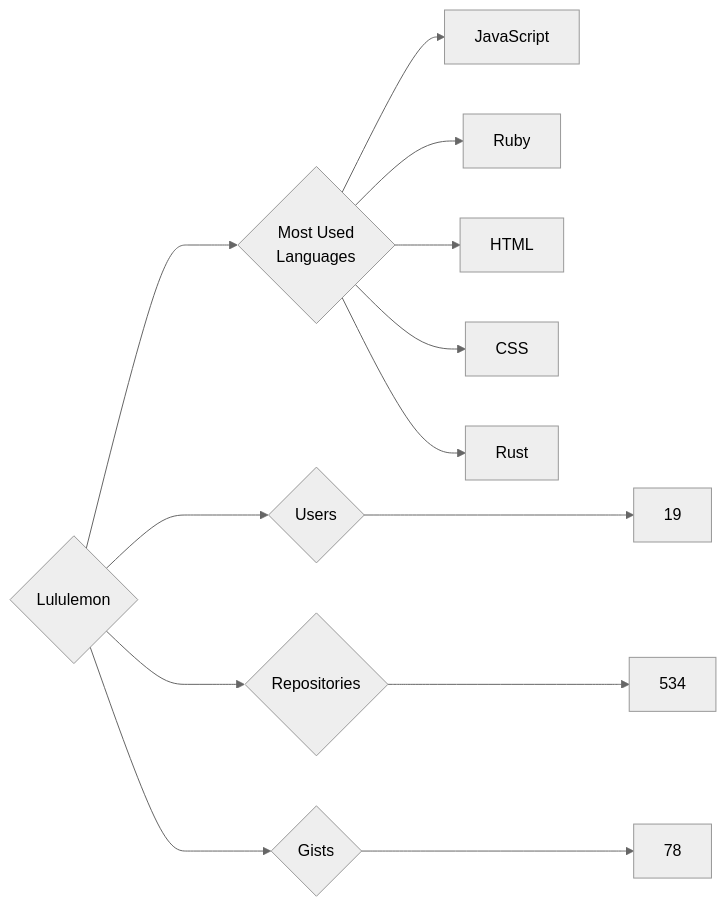
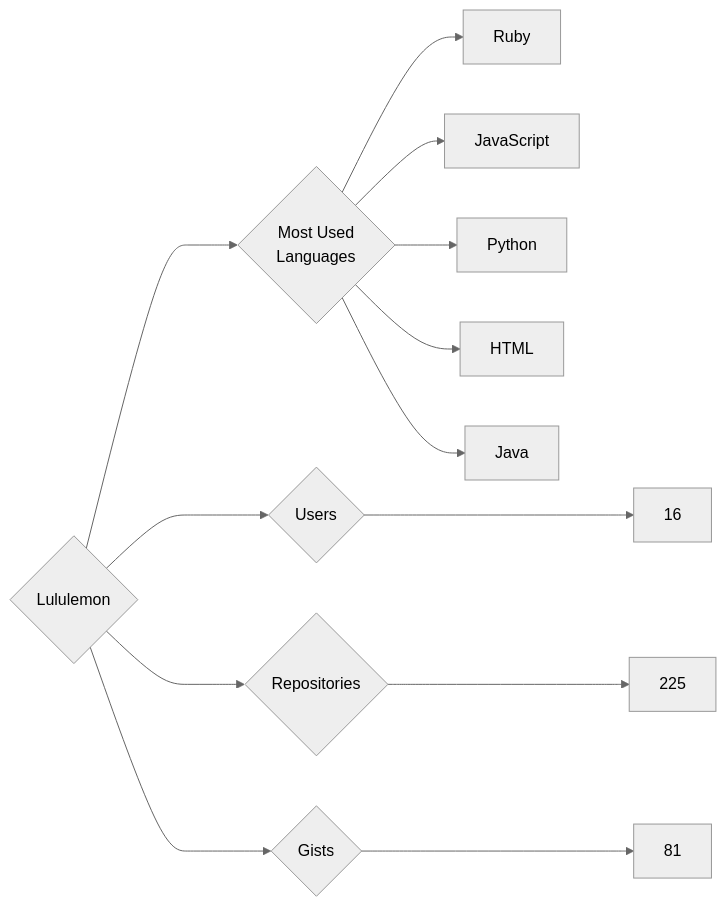
Before and after one commit to trickest/insiders: the diagram in targets/Lululemon/README.md, drawn with Mermaid (neutral theme). The commit also changed 777 other files, not shown here.

````diff
--- a/targets/Lululemon/README.md
+++ b/targets/Lululemon/README.md
@@ -3,13 +3,13 @@
 ```mermaid
 graph LR
 COMPANY_NAME{Lululemon}
-COMPANY_NAME ---> U{Users} ---> UN[19]
-COMPANY_NAME ---> R{Repositories} ---> RN[534]
-COMPANY_NAME ---> G{Gists} ---> GN[78]
+COMPANY_NAME ---> U{Users} ---> UN[16]
+COMPANY_NAME ---> R{Repositories} ---> RN[225]
+COMPANY_NAME ---> G{Gists} ---> GN[81]
 COMPANY_NAME ---> ML{Most Used<br>Languages}
+ML --> Ruby[Ruby]
 ML --> JavaScript[JavaScript]
-ML --> Ruby[Ruby]
+ML --> Python[Python]
 ML --> HTML[HTML]
-ML --> CSS[CSS]
-ML --> Rust[Rust]
+ML --> Java[Java]
 ```
````
